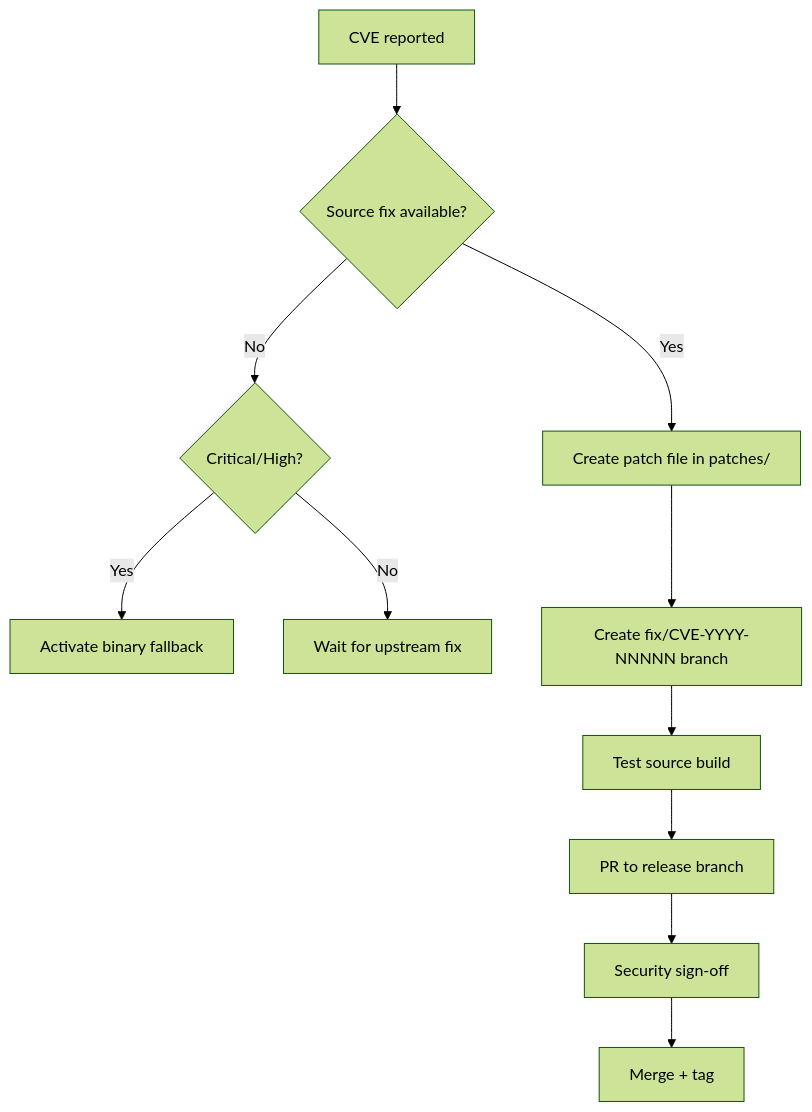
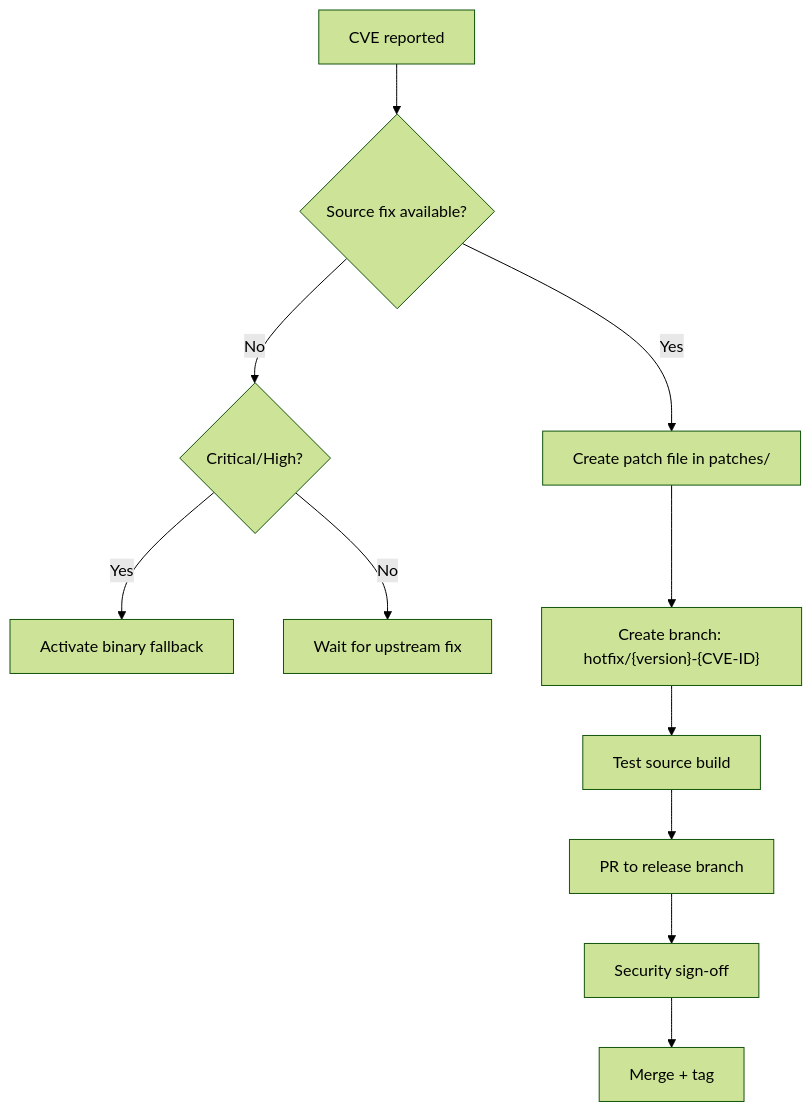
One commit to potkei/foss-ai-boilerplate-template changed the diagram in docs/operations/cve-patching.md. Above: the diagram before and after it, drawn with Mermaid (forest theme). The commit also changed other lines of this file and 12 other files, not shown here.

````diff
--- a/docs/operations/cve-patching.md
+++ b/docs/operations/cve-patching.md
@@ -5,13 +5,13 @@
 ```mermaid
 flowchart TD
     A[CVE reported] --> B{Source fix available?}
     B -->|Yes| C[Create patch file in patches/]
     B -->|No| D{Critical/High?}
     D -->|Yes| E[Activate binary fallback]
     D -->|No| F[Wait for upstream fix]
-    C --> G[Create fix/CVE-YYYY-NNNNN branch]
+    C --> G["Create branch: hotfix/{version}-{CVE-ID}"]
     G --> H[Test source build]
     H --> I[PR to release branch]
     I --> J[Security sign-off]
     J --> K[Merge + tag]
 ```
````
